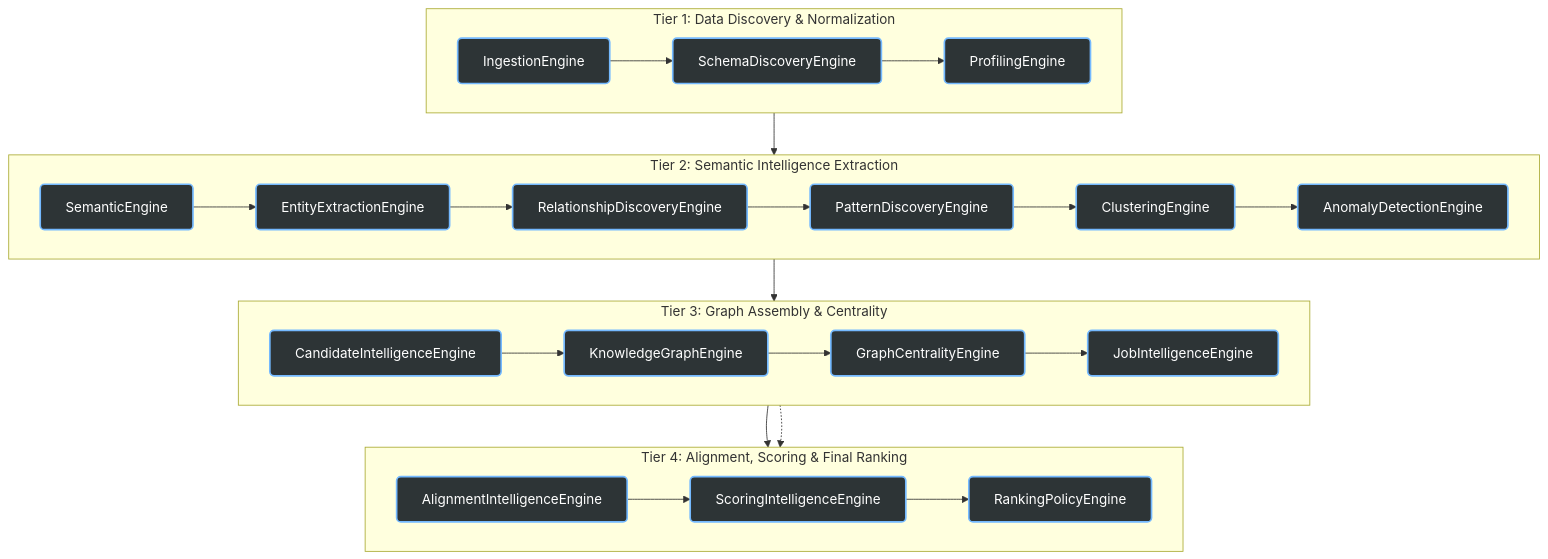
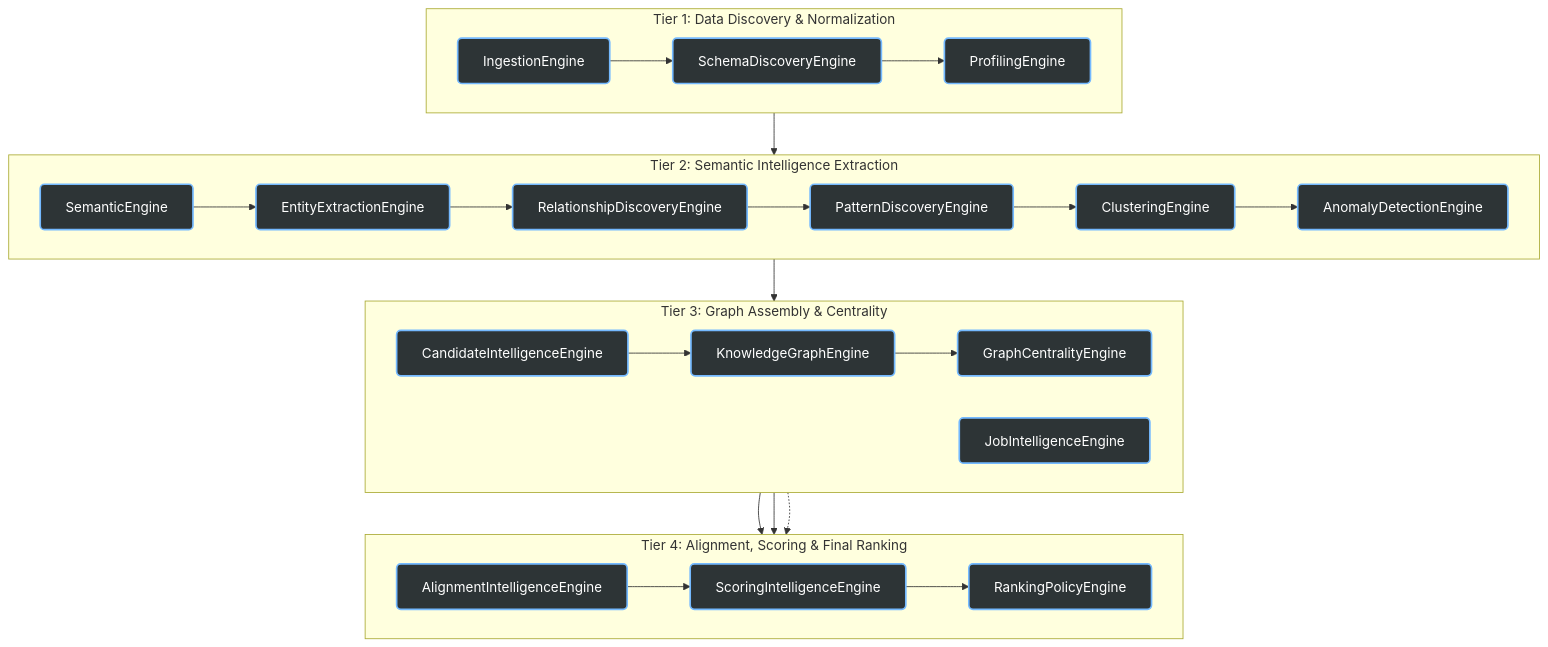
Before and after one commit to SaiKarthik547/Ranker-System: the first of 5 diagrams in README.md, drawn with Mermaid. The commit also changed other lines of this file and 2 other files, not shown here.

Commit message:
docs: refine scoring terminology, clarify engine heuristics, expand test documentation, and add hackathon submission details and architecture updates to README.md

````diff
--- a/README.md
+++ b/README.md
@@ -152,48 +181,48 @@
 ```mermaid
 flowchart TB
     %% Styling
     classDef engine fill:#2d3436,stroke:#74b9ff,stroke-width:2px,color:#fff,rx:5px,ry:5px
     
     subgraph Tier1 ["Tier 1: Data Discovery & Normalization"]
         direction LR
         IE[IngestionEngine]:::engine
         SDE[SchemaDiscoveryEngine]:::engine
         PE[ProfilingEngine]:::engine
         
         IE --> SDE --> PE
     end
 
     subgraph Tier2 ["Tier 2: Semantic Intelligence Extraction"]
         direction LR
         SE[SemanticEngine]:::engine
         EEE[EntityExtractionEngine]:::engine
         RDE[RelationshipDiscoveryEngine]:::engine
         PDE[PatternDiscoveryEngine]:::engine
         CE[ClusteringEngine]:::engine
         ADE[AnomalyDetectionEngine]:::engine
         
         PE --> SE --> EEE --> RDE --> PDE --> CE --> ADE
     end
 
     subgraph Tier3 ["Tier 3: Graph Assembly & Centrality"]
         direction LR
         CIE[CandidateIntelligenceEngine]:::engine
         KGE[KnowledgeGraphEngine]:::engine
         GCE[GraphCentralityEngine]:::engine
         JIE[JobIntelligenceEngine]:::engine
         
         ADE --> CIE --> KGE --> GCE
-        GCE --> JIE
     end
 
     subgraph Tier4 ["Tier 4: Alignment, Scoring & Final Ranking"]
         direction LR
         AIE[AlignmentIntelligenceEngine]:::engine
         SIE[ScoringIntelligenceEngine]:::engine
         RPE[RankingPolicyEngine]:::engine
         
         JIE --> AIE
+        GCE --> AIE
         CIE -.-> AIE
         AIE --> SIE --> RPE
     end
 ```
````
